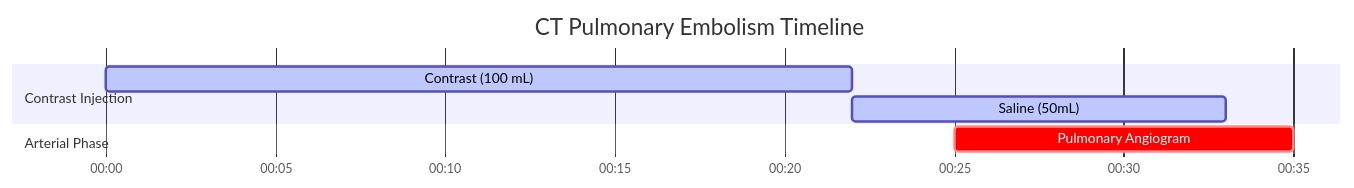
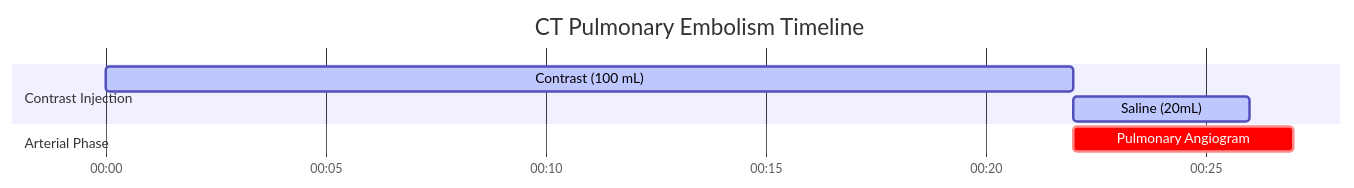
The diagram in docs/ct/chest/ct-pulmonary-embolism.md (dfergs93/radiology-protocols), drawn with Mermaid before and after one commit. The commit also changed other lines of this file and 113 other files, not shown here.

````diff
--- a/docs/ct/chest/ct-pulmonary-embolism.md
+++ b/docs/ct/chest/ct-pulmonary-embolism.md
@@ -84,16 +84,16 @@
   ```mermaid
   ---
   config:
     theme: default
   ---
     gantt
       title CT Pulmonary Embolism Timeline
       dateFormat mm:ss
       axisFormat %M:%S 
       
       section Contrast Injection
       Contrast (100 mL)    :active, contrast, 00:00, 22s
-      Saline (50mL)          :active, saline, after contrast, 11s
+      Saline (20mL)          :active, saline, after contrast, 4s
       section Arterial Phase
-      Pulmonary Angiogram    :crit, scan1, 00:25, 10s
+      Pulmonary Angiogram    :crit, scan1, after contrast, 5s
   ```
````
